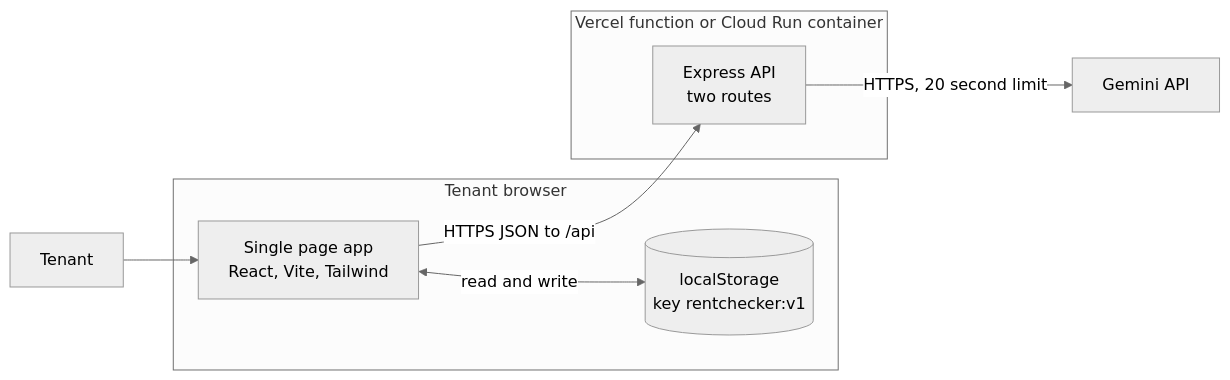
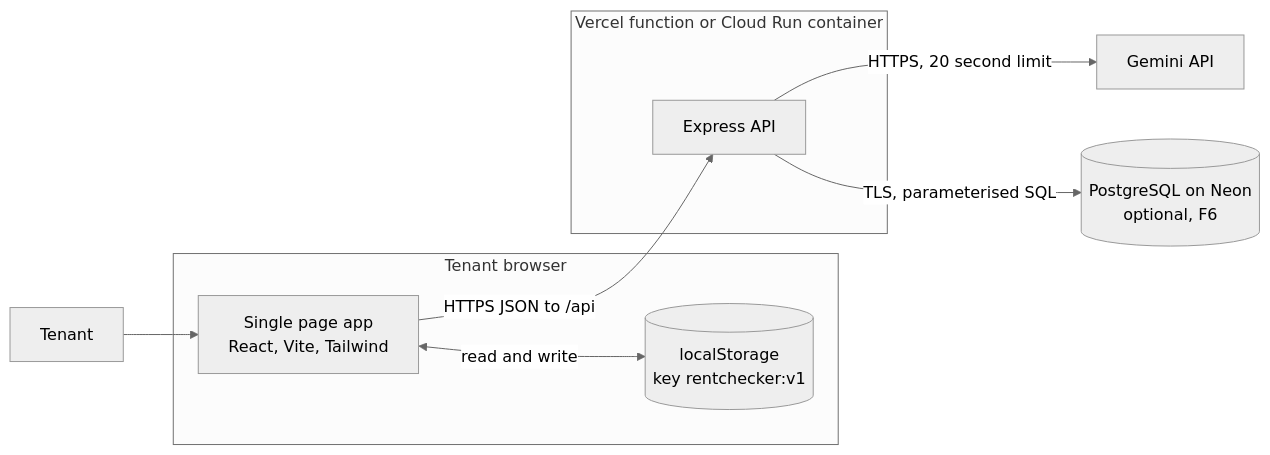
One commit to gloryh241106/RentChecker changed the second of 4 diagrams in docs/design/ARCHITECTURE.md. Above: the diagram before and after it, drawn with Mermaid (neutral theme). The commit also changed other lines of this file and 18 other files, not shown here.

Commit message:
docs: add optional PostgreSQL cloud save and the build workflow

````diff
--- a/docs/design/ARCHITECTURE.md
+++ b/docs/design/ARCHITECTURE.md
@@ -27,16 +27,18 @@
 ```mermaid
 flowchart LR
   tenant["Tenant"]
   subgraph browser["Tenant browser"]
     spa["Single page app<br/>React, Vite, Tailwind"]
     ls[("localStorage<br/>key rentchecker:v1")]
   end
   subgraph host["Vercel function or Cloud Run container"]
-    api["Express API<br/>two routes"]
+    api["Express API"]
   end
   gem["Gemini API"]
+  db[("PostgreSQL on Neon<br/>optional, F6")]
   tenant --> spa
   spa <-->|"read and write"| ls
   spa -->|"HTTPS JSON to /api"| api
   api -->|"HTTPS, 20 second limit"| gem
+  api -->|"TLS, parameterised SQL"| db
 ```
````
